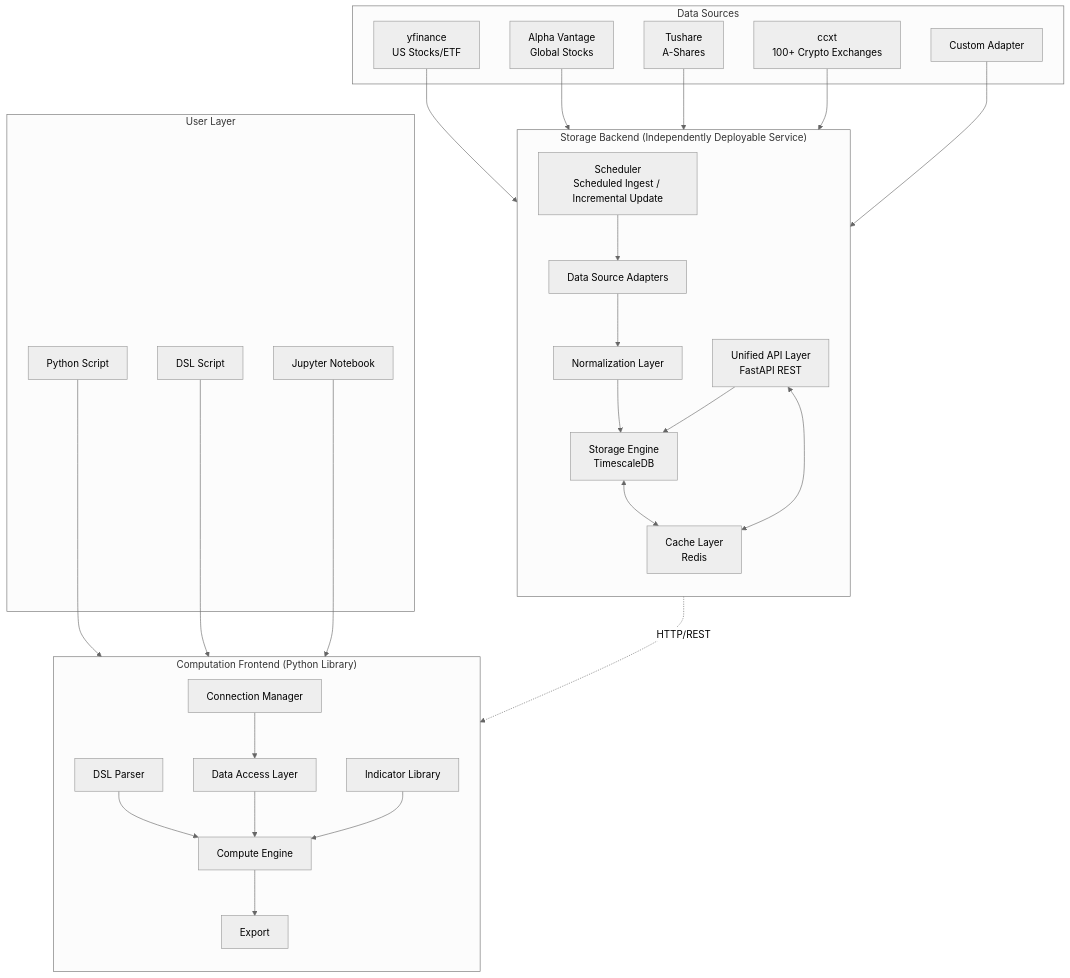
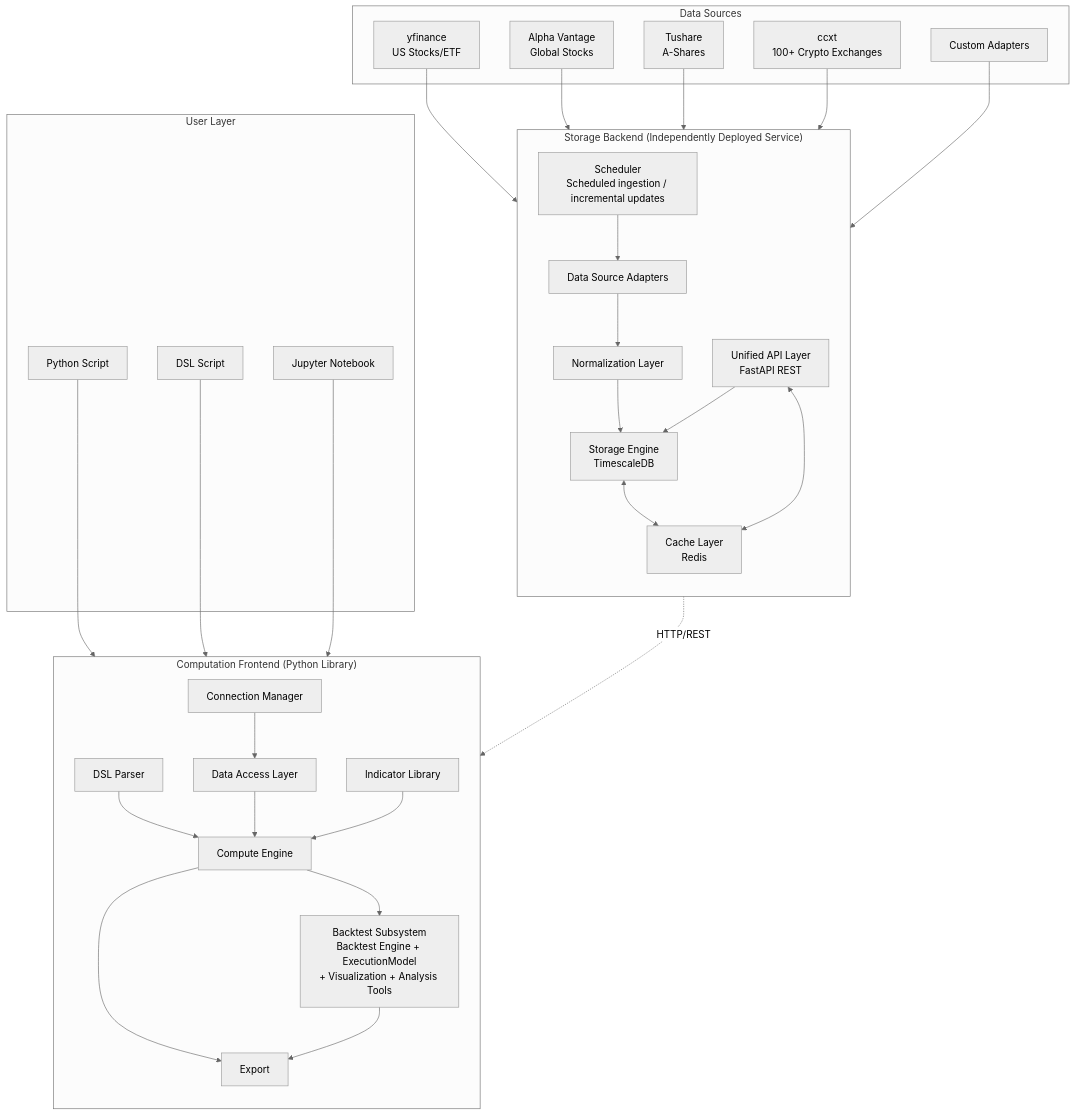
The first of 23 diagrams in DESIGN.md (RESBI/StockStatistic), drawn with Mermaid (neutral theme) before and after one commit. The commit also changed other lines of this file, not shown here.

````diff
--- a/DESIGN.md
+++ b/DESIGN.md
@@ -73,52 +85,55 @@
 ```mermaid
 graph TB
     subgraph "Data Sources"
-        DS1["yfinance<br/>US Stocks/ETF"]
-        DS2["Alpha Vantage<br/>Global Stocks"]
-        DS3["Tushare<br/>A-Shares"]
-        DS4["ccxt<br/>100+ Crypto Exchanges"]
-        DS5["Custom Adapter"]
+        DS1[yfinance<br/>US Stocks/ETF]
+        DS2[Alpha Vantage<br/>Global Stocks]
+        DS3[Tushare<br/>A-Shares]
+        DS4[ccxt<br/>100+ Crypto Exchanges]
+        DS5[Custom Adapters]
     end
 
-    subgraph "Storage Backend (Independently Deployable Service)"
+    subgraph "Storage Backend (Independently Deployed Service)"
         direction TB
-        DA["Data Source Adapters"]
-        NL["Normalization Layer"]
-        SE["Storage Engine<br/>TimescaleDB"]
-        API["Unified API Layer<br/>FastAPI REST"]
-        SCHED["Scheduler<br/>Scheduled Ingest / Incremental Update"]
-        CACHE["Cache Layer<br/>Redis"]
+        DA[Data Source Adapters]
+        NL[Normalization Layer]
+        SE[Storage Engine<br/>TimescaleDB]
+        API[Unified API Layer<br/>FastAPI REST]
+        SCHED[Scheduler<br/>Scheduled ingestion / incremental updates]
+        CACHE[Cache Layer<br/>Redis]
 
         DA --> NL --> SE
         SCHED --> DA
         SE <--> CACHE
         API --> SE
         API <--> CACHE
     end
 
     subgraph "Computation Frontend (Python Library)"
         direction TB
-        CONN["Connection Manager"]
-        DAL["Data Access Layer"]
-        CE["Compute Engine"]
-        DSL["DSL Parser"]
-        IL["Indicator Library"]
-        EXP["Export"]
+        CONN[Connection Manager]
+        DAL[Data Access Layer]
+        CE[Compute Engine]
+        DSL[DSL Parser]
+        IL[Indicator Library]
+        BT[Backtest Subsystem<br/>Backtest Engine + ExecutionModel<br/>+ Visualization + Analysis Tools]
+        EXP[Export]
 
         CONN --> DAL
         DSL --> CE
         DAL --> CE
         IL --> CE
+        CE --> BT
         CE --> EXP
+        BT --> EXP
     end
 
     subgraph "User Layer"
-        U1["Python Script"]
-        U2["DSL Script"]
-        U3["Jupyter Notebook"]
+        U1[Python Script]
+        U2[DSL Script]
+        U3[Jupyter Notebook]
     end
 
     DS1 & DS2 & DS3 & DS4 & DS5 --> DA
     API -.->|"HTTP/REST"| DAL
     U1 & U2 & U3 --> CE
 ```
````
